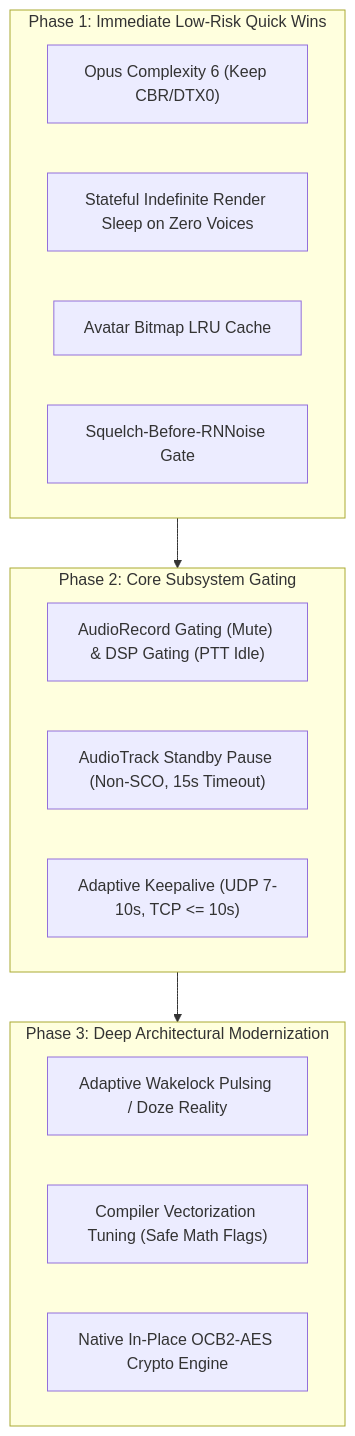
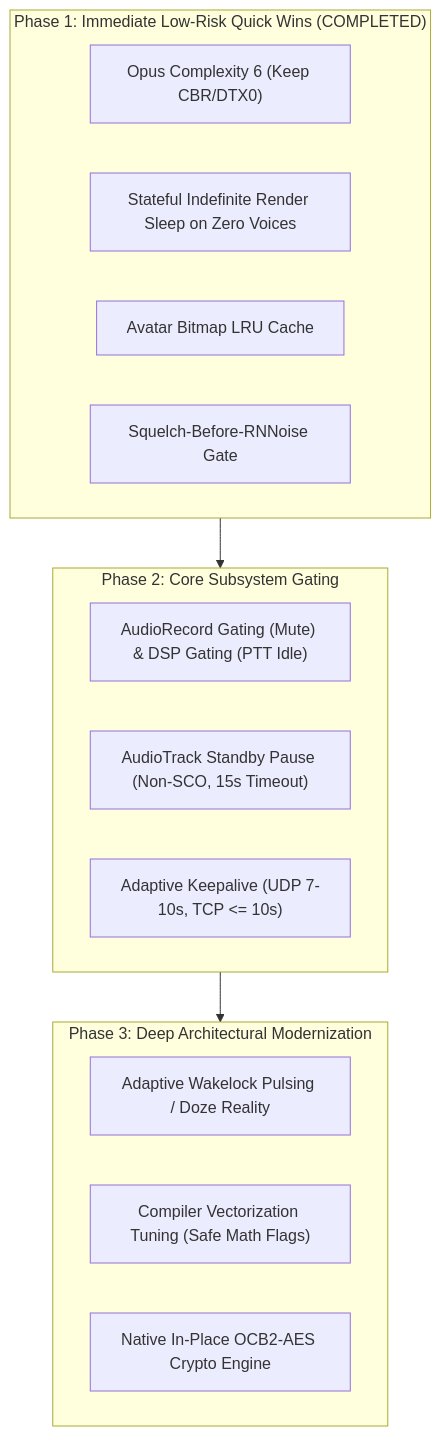
Before and after one commit to 360ied/mumla-oled: the diagram in docs/power-draw-optimizations/remediation-plan.md, drawn with Mermaid. The commit also changed other lines of this file and 1 other file, not shown here.

First line of the commit message:
docs: mark phase 1 power optimizations completed

````diff
--- a/docs/power-draw-optimizations/remediation-plan.md
+++ b/docs/power-draw-optimizations/remediation-plan.md
@@ -28,24 +28,24 @@
 ```mermaid
 flowchart TD
-    subgraph Phase1 ["Phase 1: Immediate Low-Risk Quick Wins"]
+    subgraph Phase1 ["Phase 1: Immediate Low-Risk Quick Wins (COMPLETED)"]
         P1_Opus["Opus Complexity 6 (Keep CBR/DTX0)"]
         P1_RenderWait["Stateful Indefinite Render Sleep on Zero Voices"]
         P1_AvatarCache["Avatar Bitmap LRU Cache"]
         P1_SquelchGate["Squelch-Before-RNNoise Gate"]
     end
 
     subgraph Phase2 ["Phase 2: Core Subsystem Gating"]
         P2_CaptureGate["AudioRecord Gating (Mute) & DSP Gating (PTT Idle)"]
         P2_AudioTrackPause["AudioTrack Standby Pause (Non-SCO, 15s Timeout)"]
         P2_AdaptivePing["Adaptive Keepalive (UDP 7-10s, TCP <= 10s)"]
     end
 
     subgraph Phase3 ["Phase 3: Deep Architectural Modernization"]
         P3_Wakelock["Adaptive Wakelock Pulsing / Doze Reality"]
         P3_SIMD["Compiler Vectorization Tuning (Safe Math Flags)"]
         P3_NativeCrypto["Native In-Place OCB2-AES Crypto Engine"]
     end
 
     Phase1 --> Phase2
     Phase2 --> Phase3
 ```
````
